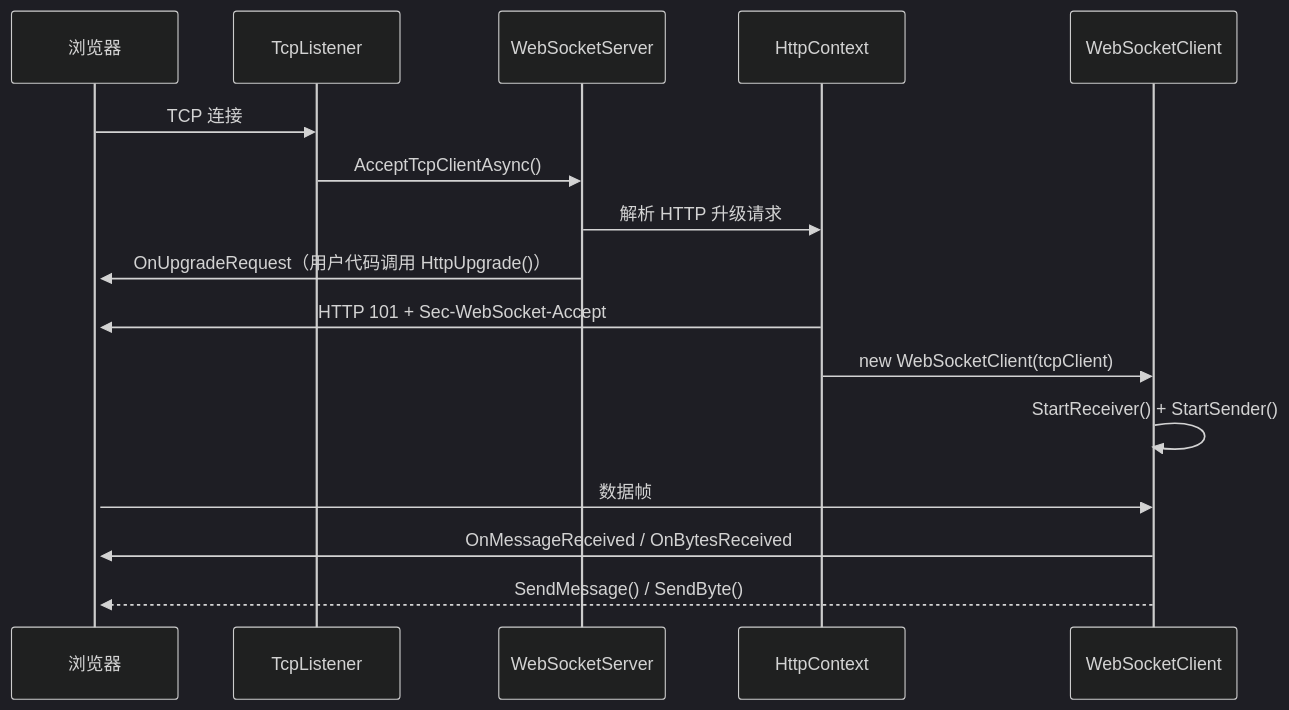
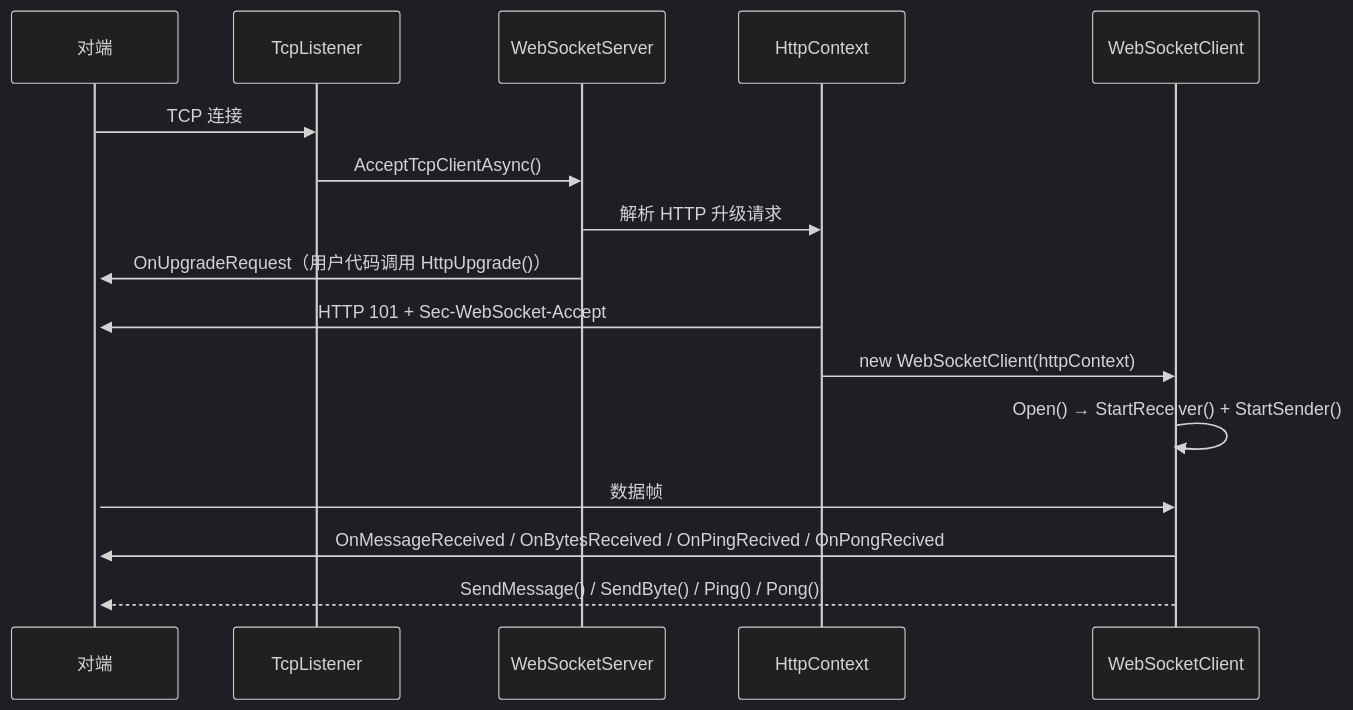
One commit to lhzcm/LHZ.WebSocket changed the diagram in README.zh-CN.md. Above: the diagram before and after it, drawn with Mermaid (dark theme). The commit also changed other lines of this file and 11 other files, not shown here.

````diff
--- a/README.zh-CN.md
+++ b/README.zh-CN.md
@@ -158,19 +227,19 @@
 ```mermaid
 sequenceDiagram
-    participant 浏览器
+    participant 对端
     participant TcpListener
     participant WebSocketServer
     participant HttpContext
     participant WebSocketClient
 
-    浏览器->>TcpListener: TCP 连接
+    对端->>TcpListener: TCP 连接
     TcpListener->>WebSocketServer: AcceptTcpClientAsync()
     WebSocketServer->>HttpContext: 解析 HTTP 升级请求
-    WebSocketServer->>+浏览器: OnUpgradeRequest（用户代码调用 HttpUpgrade()）
-    HttpContext->>浏览器: HTTP 101 + Sec-WebSocket-Accept
-    HttpContext->>WebSocketClient: new WebSocketClient(tcpClient)
-    WebSocketClient->>WebSocketClient: StartReceiver() + StartSender()
-    浏览器->>WebSocketClient: 数据帧
-    WebSocketClient->>浏览器: OnMessageReceived / OnBytesReceived
-    WebSocketClient-->>浏览器: SendMessage() / SendByte()
+    WebSocketServer->>+对端: OnUpgradeRequest（用户代码调用 HttpUpgrade()）
+    HttpContext->>对端: HTTP 101 + Sec-WebSocket-Accept
+    HttpContext->>WebSocketClient: new WebSocketClient(httpContext)
+    WebSocketClient->>WebSocketClient: Open() → StartReceiver() + StartSender()
+    对端->>WebSocketClient: 数据帧
+    WebSocketClient->>对端: OnMessageReceived / OnBytesReceived / OnPingRecived / OnPongRecived
+    WebSocketClient-->>对端: SendMessage() / SendByte() / Ping() / Pong()
 ```
````
